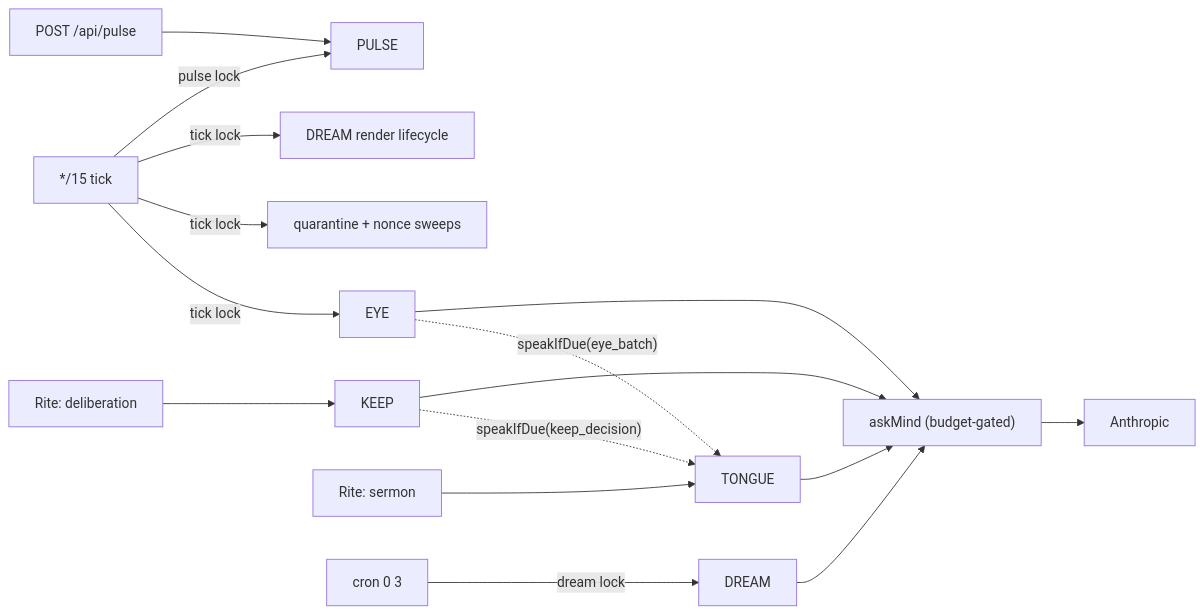
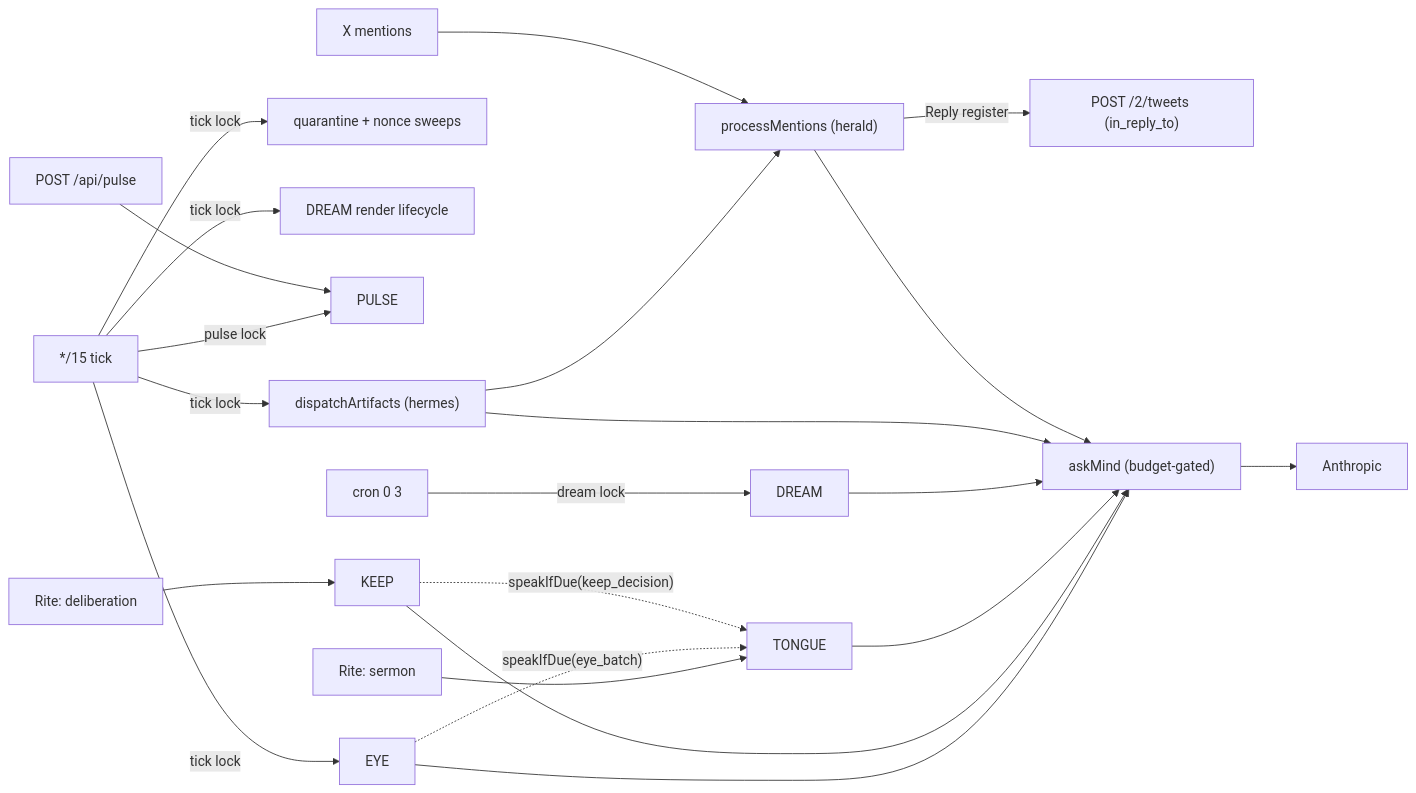
The second of 5 diagrams in ARCHITECTURE.md (AIEngineerX/pleroma-public), drawn with Mermaid before and after one commit. The commit also changed other lines of this file and 3 other files, not shown here.

````diff
--- a/ARCHITECTURE.md
+++ b/ARCHITECTURE.md
@@ -145,13 +160,17 @@
 ```mermaid
 flowchart LR
     Tick["*/15 tick"] -->|tick lock| EYE & Sweep["quarantine + nonce sweeps"] & Render["DREAM render lifecycle"]
     Tick -->|pulse lock| PULSE
     Rite["Rite: deliberation"] --> KEEP
     Rite2["Rite: sermon"] --> TONGUE
     Cron03["cron 0 3"] -->|dream lock| DREAM
+    Tick -->|tick lock| Dispatch["dispatchArtifacts (hermes)"]
+    Dispatch --> Herald["processMentions (herald)"]
+    Mentions["X mentions"] --> Herald
+    Herald -->|Reply register| Reply["POST /2/tweets (in_reply_to)"]
     EYE -. speakIfDue(eye_batch) .-> TONGUE
     KEEP -. speakIfDue(keep_decision) .-> TONGUE
     Webhook["POST /api/pulse"] --> PULSE
-    EYE & KEEP & TONGUE & DREAM --> askMind["askMind (budget-gated)"]
+    EYE & KEEP & TONGUE & DREAM & Dispatch & Herald --> askMind["askMind (budget-gated)"]
     askMind --> Anthropic
 ```
````
